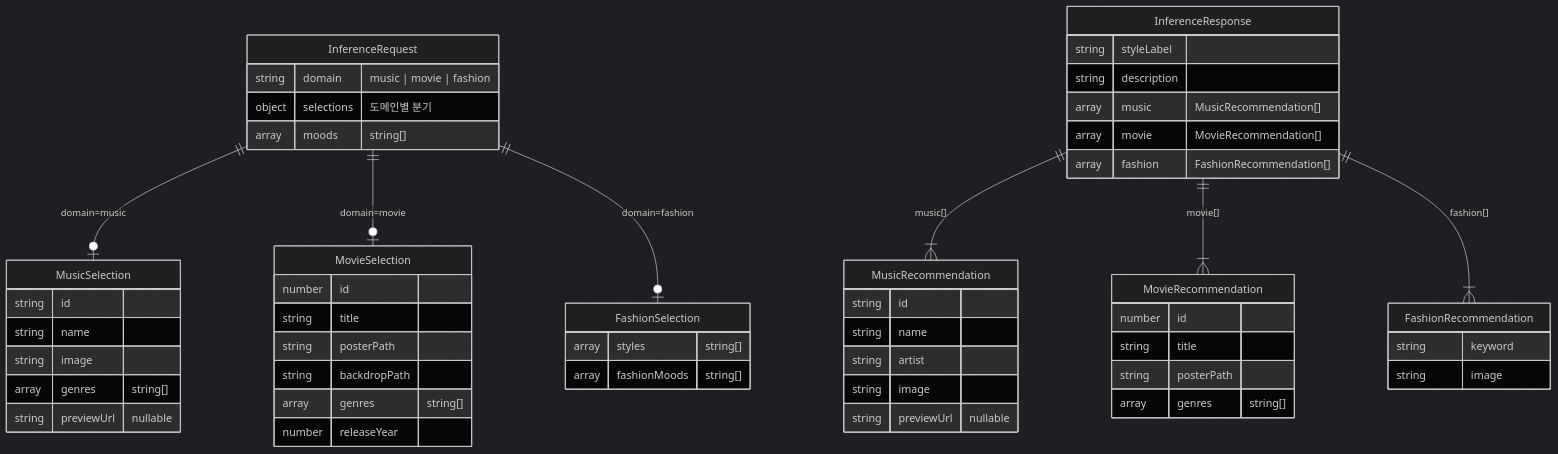
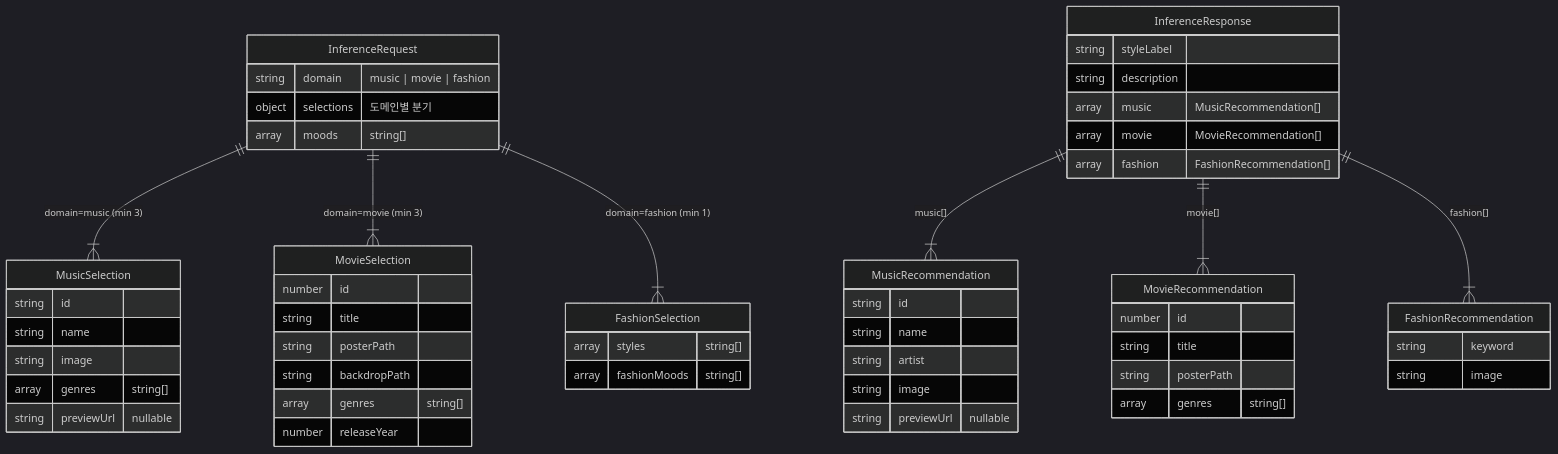
Before and after one commit to Style-Sync/stylesync: the diagram in docs/inference-schema.md, drawn with Mermaid (dark theme). The commit also changed other lines of this file, not shown here.

Commit message:
docs: selections 배열 타입 및 ERD 관계 표기 갱신
- ERD: InferenceRequest→Selection 관계 ||--o| (0or1) → ||--|{ (1-to-many)로 수정
  - domain=music/movie: min 3, domain=fashion: min 1 명시
- EDD: selections 타입 MusicSelection|... → MusicSelection[]|..., 최소 개수 제약 추가
- EDD 주석: selections가 배열임을 명시 (MusicSelection → MusicSelection[])

````diff
--- a/docs/inference-schema.md
+++ b/docs/inference-schema.md
@@ -25,65 +25,65 @@
 ```mermaid
 erDiagram
     InferenceRequest {
         string  domain       "music | movie | fashion"
         object  selections   "도메인별 분기"
         array   moods        "string[]"
     }
 
     MusicSelection {
         string  id
         string  name
         string  image
         array   genres       "string[]"
         string  previewUrl   "nullable"
     }
 
     MovieSelection {
         number  id
         string  title
         string  posterPath
         string  backdropPath
         array   genres       "string[]"
         number  releaseYear
     }
 
     FashionSelection {
         array   styles       "string[]"
         array   fashionMoods "string[]"
     }
 
     InferenceResponse {
         string  styleLabel
         string  description
         array   music        "MusicRecommendation[]"
         array   movie        "MovieRecommendation[]"
         array   fashion      "FashionRecommendation[]"
     }
 
     MusicRecommendation {
         string  id
         string  name
         string  artist
         string  image
         string  previewUrl   "nullable"
     }
 
     MovieRecommendation {
         number  id
         string  title
         string  posterPath
         array   genres       "string[]"
     }
 
     FashionRecommendation {
         string  keyword
         string  image
     }
 
-    InferenceRequest ||--o| MusicSelection    : "domain=music"
-    InferenceRequest ||--o| MovieSelection    : "domain=movie"
-    InferenceRequest ||--o| FashionSelection  : "domain=fashion"
+    InferenceRequest ||--|{ MusicSelection    : "domain=music (min 3)"
+    InferenceRequest ||--|{ MovieSelection    : "domain=movie (min 3)"
+    InferenceRequest ||--|{ FashionSelection  : "domain=fashion (min 1)"
     InferenceResponse ||--|{ MusicRecommendation   : "music[]"
     InferenceResponse ||--|{ MovieRecommendation   : "movie[]"
     InferenceResponse ||--|{ FashionRecommendation : "fashion[]"
 ```
````
